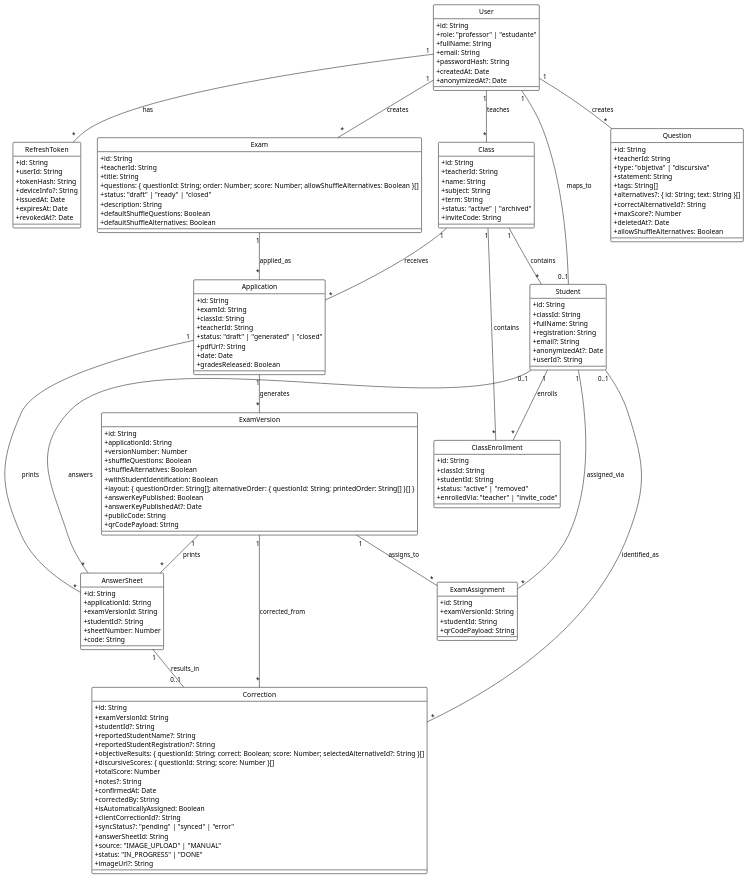
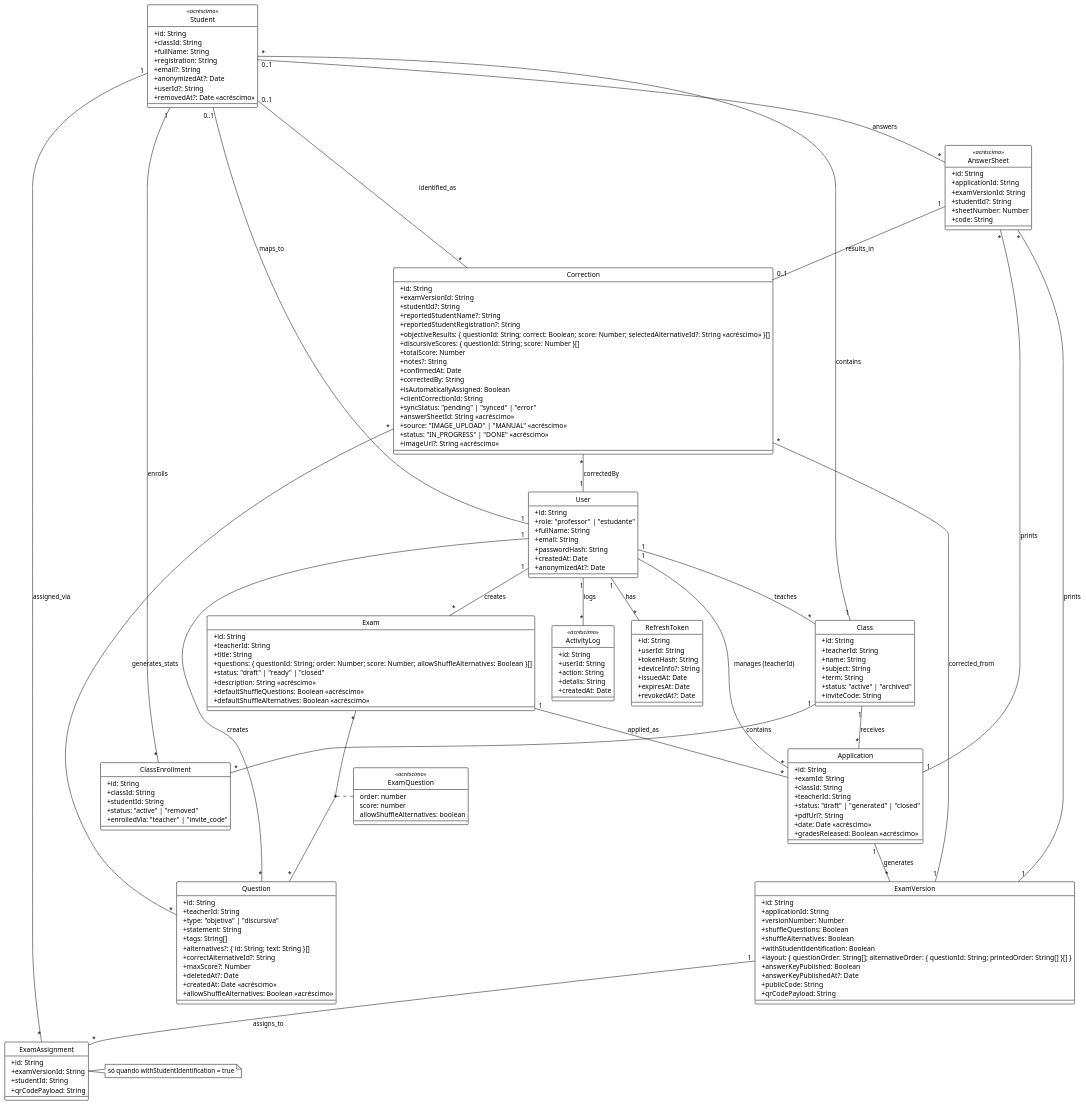
Before and after one commit to PrieTorres/correctio-app: the diagram in docs/uml/class-diagram.puml, drawn with PlantUML. The commit also changed 1 other file, not shown here.

Commit message:
docs: finalize class diagram for client specification and N2

```diff
--- a/docs/uml/class-diagram.puml
+++ b/docs/uml/class-diagram.puml
@@ -1,160 +1,183 @@
 @startuml
 !theme plain
 skinparam classAttributeIconSize 0
 hide circle
 
 class User {
-  +id: String
-  +role: "professor" | "estudante"
-  +fullName: String
-  +email: String
-  +passwordHash: String
-  +createdAt: Date
-  +anonymizedAt?: Date
+  +id: String
+  +role: "professor" | "estudante"
+  +fullName: String
+  +email: String
+  +passwordHash: String
+  +createdAt: Date
+  +anonymizedAt?: Date
 }
 
 class RefreshToken {
-  +id: String
-  +userId: String
-  +tokenHash: String
-  +deviceInfo?: String
-  +issuedAt: Date
-  +expiresAt: Date
-  +revokedAt?: Date
+  +id: String
+  +userId: String
+  +tokenHash: String
+  +deviceInfo?: String
+  +issuedAt: Date
+  +expiresAt: Date
+  +revokedAt?: Date
 }
 
 class Class {
-  +id: String
-  +teacherId: String
-  +name: String
-  +subject: String
-  +term: String
-  +status: "active" | "archived"
-  +inviteCode: String
+  +id: String
+  +teacherId: String
+  +name: String
+  +subject: String
+  +term: String
+  +status: "active" | "archived"
+  +inviteCode: String
 }
 
-class Student {
-  +id: String
-  +classId: String
-  +fullName: String
-  +registration: String
-  +email?: String
-  +anonymizedAt?: Date
-  +userId?: String
+class Student <<acréscimo>> {
+  +id: String
+  +classId: String
+  +fullName: String
+  +registration: String
+  +email?: String
+  +anonymizedAt?: Date
+  +userId?: String
+  +removedAt?: Date <<acréscimo>>
 }
 
 class ClassEnrollment {
-  +id: String
-  +classId: String
-  +studentId: String
-  +status: "active" | "removed"
-  +enrolledVia: "teacher" | "invite_code"
+  +id: String
+  +classId: String
+  +studentId: String
+  +status: "active" | "removed"
+  +enrolledVia: "teacher" | "invite_code"
 }
 
 class Question {
-  +id: String
-  +teacherId: String
-  +type: "objetiva" | "discursiva"
-  +statement: String
-  +tags: String[]
-  +alternatives?: { id: String; text: String }[]
-  +correctAlternativeId?: String
-  +maxScore?: Number
-  +deletedAt?: Date
-  +allowShuffleAlternatives: Boolean
+  +id: String
+  +teacherId: String
+  +type: "objetiva" | "discursiva"
+  +statement: String
+  +tags: String[]
+  +alternatives?: { id: String; text: String }[]
+  +correctAlternativeId?: String
+  +maxScore?: Number
+  +deletedAt?: Date
+  +createdAt: Date <<acréscimo>>
+  +allowShuffleAlternatives: Boolean <<acréscimo>>
 }
 
 class Exam {
-  +id: String
-  +teacherId: String
-  +title: String
-  +questions: { questionId: String; order: Number; score: Number; allowShuffleAlternatives: Boolean }[]
-  +status: "draft" | "ready" | "closed"
-  +description: String
-  +defaultShuffleQuestions: Boolean
-  +defaultShuffleAlternatives: Boolean
+  +id: String
+  +teacherId: String
+  +title: String
+  +questions: { questionId: String; order: Number; score: Number; allowShuffleAlternatives: Boolean }[]
+  +status: "draft" | "ready" | "closed"
+  +description: String <<acréscimo>>
+  +defaultShuffleQuestions: Boolean <<acréscimo>>
+  +defaultShuffleAlternatives: Boolean <<acréscimo>>
 }
 
 class ExamAssignment {
-  +id: String
-  +examVersionId: String
-  +studentId: String
-  +qrCodePayload: String
+  +id: String
+  +examVersionId: String
+  +studentId: String
+  +qrCodePayload: String
 }
+note right of ExamAssignment: só quando withStudentIdentification = true
 
 class Application {
-  +id: String
-  +examId: String
-  +classId: String
-  +teacherId: String
-  +status: "draft" | "generated" | "closed"
-  +pdfUrl?: String
-  +date: Date
-  +gradesReleased: Boolean
+  +id: String
+  +examId: String
+  +classId: String
+  +teacherId: String
+  +status: "draft" | "generated" | "closed"
+  +pdfUrl?: String
+  +date: Date <<acréscimo>>
+  +gradesReleased: Boolean <<acréscimo>>
 }
 
 class ExamVersion {
-  +id: String
-  +applicationId: String
-  +versionNumber: Number
-  +shuffleQuestions: Boolean
-  +shuffleAlternatives: Boolean
-  +withStudentIdentification: Boolean
-  +layout: { questionOrder: String[]; alternativeOrder: { questionId: String; printedOrder: String[] }[] }
-  +answerKeyPublished: Boolean
-  +answerKeyPublishedAt?: Date
-  +publicCode: String
-  +qrCodePayload: String
+  +id: String
+  +applicationId: String
+  +versionNumber: Number
+  +shuffleQuestions: Boolean
+  +shuffleAlternatives: Boolean
+  +withStudentIdentification: Boolean
+  +layout: { questionOrder: String[]; alternativeOrder: { questionId: String; printedOrder: String[] }[] }
+  +answerKeyPublished: Boolean
+  +answerKeyPublishedAt?: Date
+  +publicCode: String
+  +qrCodePayload: String
 }
 
-class AnswerSheet {
-  +id: String
-  +applicationId: String
-  +examVersionId: String
-  +studentId?: String
-  +sheetNumber: Number
-  +code: String
+class AnswerSheet <<acréscimo>> {
+  +id: String
+  +applicationId: String
+  +examVersionId: String
+  +studentId?: String
+  +sheetNumber: Number
+  +code: String
 }
 
 class Correction {
-  +id: String
-  +examVersionId: String
-  +studentId?: String
-  +reportedStudentName?: String
-  +reportedStudentRegistration?: String
-  +objectiveResults: { questionId: String; correct: Boolean; score: Number; selectedAlternativeId?: String }[]
-  +discursiveScores: { questionId: String; score: Number }[]
-  +totalScore: Number
-  +notes?: String
-  +confirmedAt: Date
-  +correctedBy: String
-  +isAutomaticallyAssigned: Boolean
-  +clientCorrectionId?: String
-  +syncStatus?: "pending" | "synced" | "error"
-  +answerSheetId: String
-  +source: "IMAGE_UPLOAD" | "MANUAL"
-  +status: "IN_PROGRESS" | "DONE"
-  +imageUrl?: String
+  +id: String
+  +examVersionId: String
+  +studentId?: String
+  +reportedStudentName?: String
+  +reportedStudentRegistration?: String
+  +objectiveResults: { questionId: String; correct: Boolean; score: Number; selectedAlternativeId?: String <<acréscimo>> }[]
+  +discursiveScores: { questionId: String; score: Number }[]
+  +totalScore: Number
+  +notes?: String
+  +confirmedAt: Date
+  +correctedBy: String
+  +isAutomaticallyAssigned: Boolean
+  +clientCorrectionId: String
+  +syncStatus: "pending" | "synced" | "error"
+  +answerSheetId: String <<acréscimo>>
+  +source: "IMAGE_UPLOAD" | "MANUAL" <<acréscimo>>
+  +status: "IN_PROGRESS" | "DONE" <<acréscimo>>
+  +imageUrl?: String <<acréscimo>>
+}
+
+class ActivityLog <<acréscimo>> {
+  +id: String
+  +userId: String
+  +action: String
+  +details: String
+  +createdAt: Date
 }
 
 User "1" -- "*" RefreshToken : has
 User "1" -- "*" Class : teaches
 User "1" -- "*" Question : creates
 User "1" -- "*" Exam : creates
 User "1" -- "0..1" Student : maps_to
+User "1" -- "*" Application : manages (teacherId)
+User "1" -- "*" ActivityLog : logs
 Class "1" -- "*" Student : contains
 Class "1" -- "*" ClassEnrollment : contains
 Student "1" -- "*" ClassEnrollment : enrolls
 Exam "1" -- "*" Application : applied_as
 Class "1" -- "*" Application : receives
 Application "1" -- "*" ExamVersion : generates
 ExamVersion "1" -- "*" ExamAssignment : assigns_to
 Student "1" -- "*" ExamAssignment : assigned_via
 Application "1" -- "*" AnswerSheet : prints
 ExamVersion "1" -- "*" AnswerSheet : prints
 Student "0..1" -- "*" AnswerSheet : answers
 AnswerSheet "1" -- "0..1" Correction : results_in
 ExamVersion "1" -- "*" Correction : corrected_from
 Student "0..1" -- "*" Correction : identified_as
+Correction "*" -- "1" User : correctedBy
+Correction "*" -- "*" Question : generates_stats
+
+class ExamQuestion <<acréscimo>> {
+  order: number
+  score: number
+  allowShuffleAlternatives: boolean
+}
+Exam "*" -- "*" Question
+(Exam, Question) .. ExamQuestion
 
 @enduml
```
